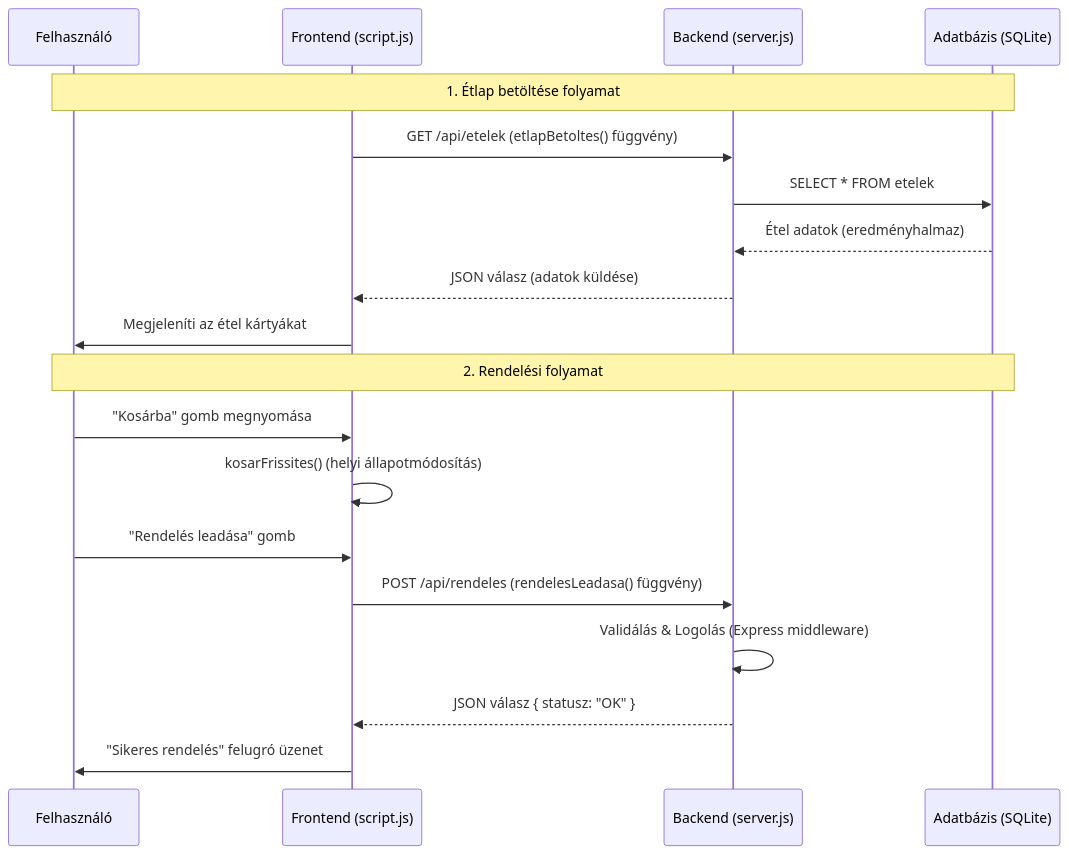
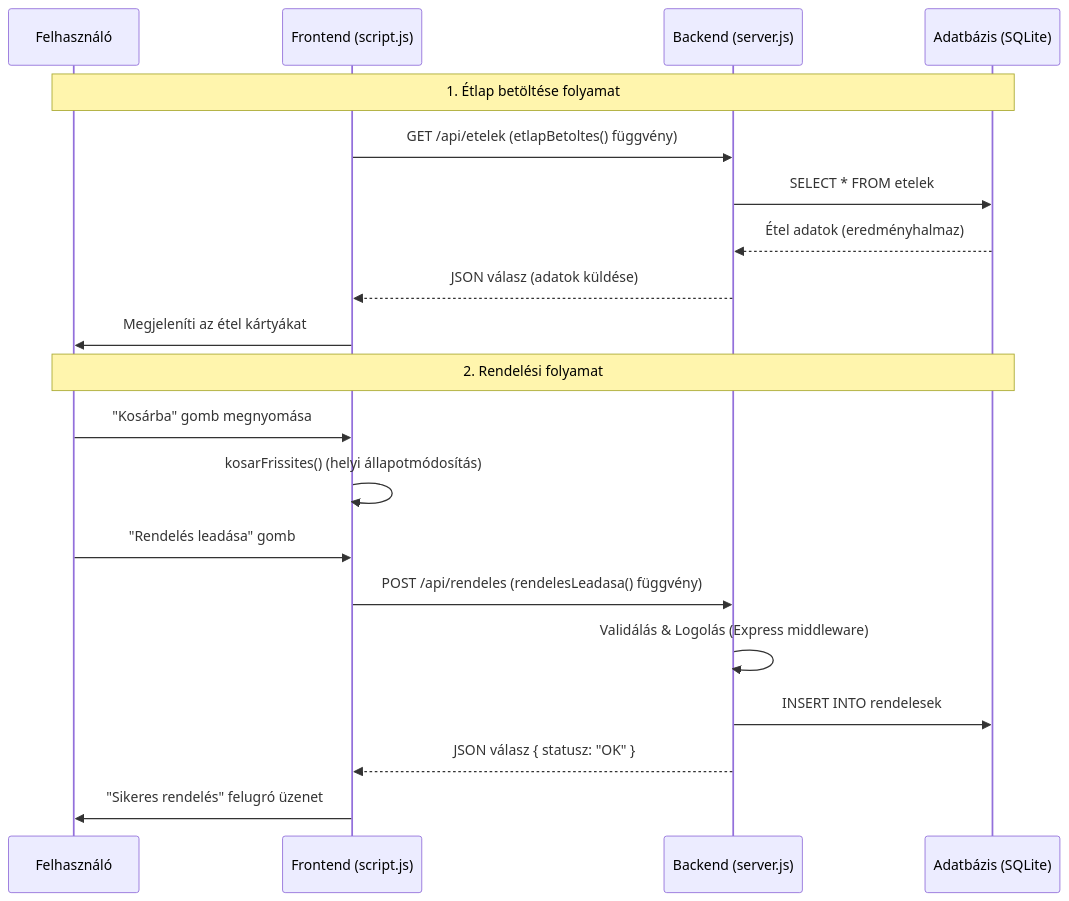
The diagram in README.md (z0oonv/etelrendelo), drawn with Mermaid before and after one commit.

Commit message:
Folyamatábra javítás_vissza_Insert Into

````diff
--- a/README.md
+++ b/README.md
@@ -22,23 +22,24 @@
 ```mermaid
   sequenceDiagram
     participant U as Felhasználó
     participant F as Frontend (script.js)
     participant B as Backend (server.js)
     participant D as Adatbázis (SQLite)
 
     Note over U,D: 1. Étlap betöltése folyamat
     F->>B: GET /api/etelek (etlapBetoltes() függvény)
     B->>D: SELECT * FROM etelek
     D-->>B: Étel adatok (eredményhalmaz)
     B-->>F: JSON válasz (adatok küldése)
     F->>U: Megjeleníti az étel kártyákat
 
     Note over U,D: 2. Rendelési folyamat
     U->>F: "Kosárba" gomb megnyomása
     F->>F: kosarFrissites() (helyi állapotmódosítás)
     U->>F: "Rendelés leadása" gomb
     F->>B: POST /api/rendeles (rendelesLeadasa() függvény)
     B->>B: Validálás & Logolás (Express middleware)
+    B->>D: INSERT INTO rendelesek
     B-->>F: JSON válasz { statusz: "OK" }
     F->>U: "Sikeres rendelés" felugró üzenet
 ```
````
